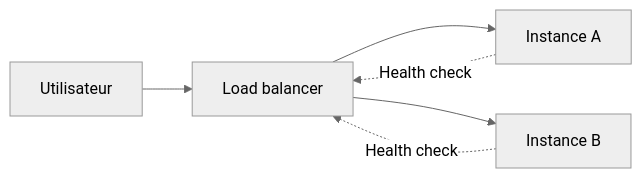
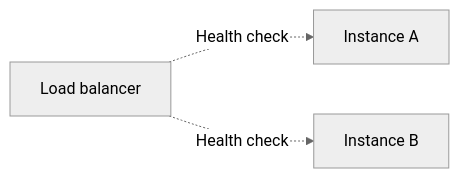
One commit to KingEwin/courses changed the seventh of 19 diagrams in ING1 - 2026-2027 - Devops/slides.md. Above: the diagram before and after it, drawn with Mermaid (neutral theme). The commit also changed other lines of this file and 4 other files, not shown here.

````diff
--- a/ING1 - 2026-2027 - Devops/slides.md
+++ b/ING1 - 2026-2027 - Devops/slides.md
@@ -779,8 +1027,5 @@
 ```mermaid {theme: 'base', themeVariables: {background: '#ffffff', primaryColor: '#f7f1ea', primaryTextColor: '#2b2620', primaryBorderColor: '#c1502e', lineColor: '#7a6f63', secondaryColor: '#e08a63', tertiaryColor: '#b45309', mainBkg: '#f7f1ea', nodeBorder: '#c1502e', clusterBkg: '#ffffff', clusterBorder: '#b45309', edgeLabelBackground: '#ffffff', arrowheadColor: '#7a6f63', textColor: '#2b2620'}}
 graph LR
-  U[Utilisateur] --> LB[Load balancer]
-  LB --> I1[Instance A]
-  LB --> I2[Instance B]
-  I1 -.->|Health check| LB
-  I2 -.->|Health check| LB
+  LB[Load balancer] -.->|Health check| I1[Instance A]
+  LB -.->|Health check| I2[Instance B]
 ```
````
